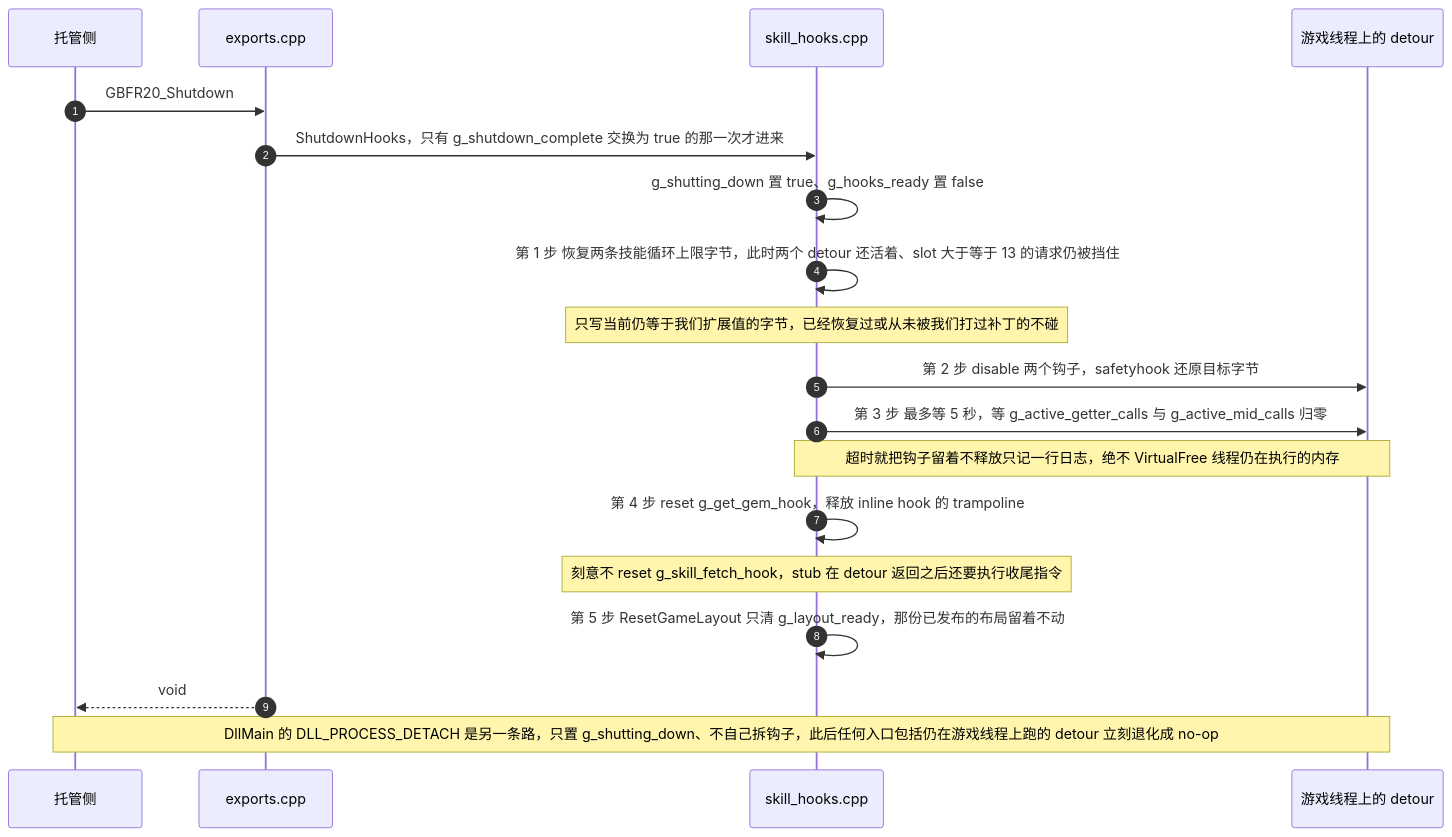
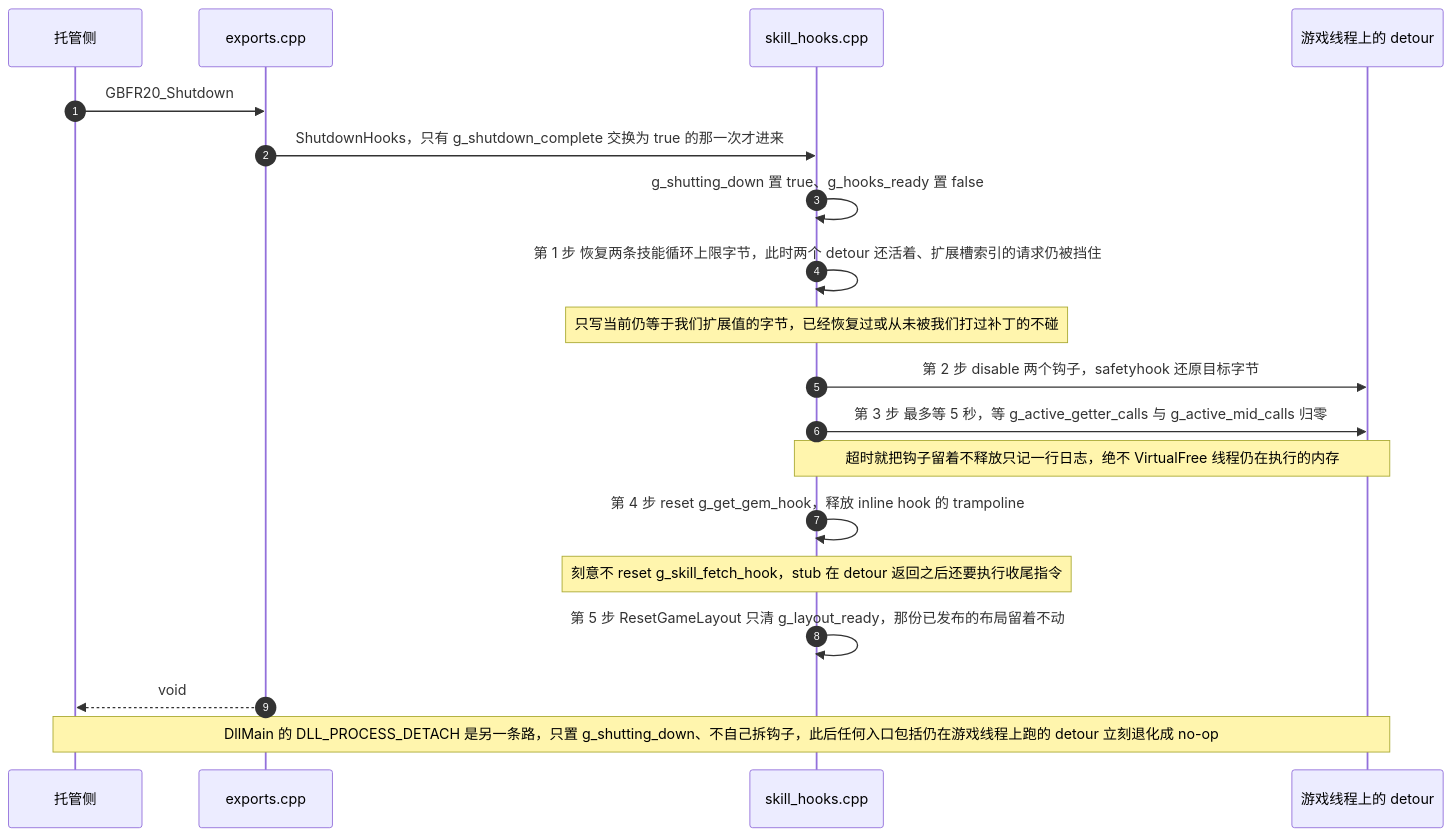
The second of 2 diagrams in openwiki/architecture/native-core.md (baagod/GBFR-Sigil-Loadout), drawn with Mermaid before and after one commit. The commit also changed other lines of this file and 52 other files, not shown here.

````diff
--- a/openwiki/architecture/native-core.md
+++ b/openwiki/architecture/native-core.md
@@ -265,22 +295,22 @@
 ```mermaid
 sequenceDiagram
     autonumber
     participant Managed as 托管侧
     participant Export as exports.cpp
     participant Hooks as skill_hooks.cpp
     participant Detour as 游戏线程上的 detour
 
     Managed->>Export: GBFR20_Shutdown
     Export->>Hooks: ShutdownHooks，只有 g_shutdown_complete 交换为 true 的那一次才进来
     Hooks->>Hooks: g_shutting_down 置 true、g_hooks_ready 置 false
-    Hooks->>Hooks: 第 1 步 恢复两条技能循环上限字节，此时两个 detour 还活着、slot 大于等于 13 的请求仍被挡住
+    Hooks->>Hooks: 第 1 步 恢复两条技能循环上限字节，此时两个 detour 还活着、扩展槽索引的请求仍被挡住
     Note over Hooks: 只写当前仍等于我们扩展值的字节，已经恢复过或从未被我们打过补丁的不碰
     Hooks->>Detour: 第 2 步 disable 两个钩子，safetyhook 还原目标字节
     Hooks->>Detour: 第 3 步 最多等 5 秒，等 g_active_getter_calls 与 g_active_mid_calls 归零
     Note over Hooks,Detour: 超时就把钩子留着不释放只记一行日志，绝不 VirtualFree 线程仍在执行的内存
     Hooks->>Hooks: 第 4 步 reset g_get_gem_hook，释放 inline hook 的 trampoline
     Note over Hooks: 刻意不 reset g_skill_fetch_hook，stub 在 detour 返回之后还要执行收尾指令
     Hooks->>Hooks: 第 5 步 ResetGameLayout 只清 g_layout_ready，那份已发布的布局留着不动
     Export-->>Managed: void
     Note over Managed,Detour: DllMain 的 DLL_PROCESS_DETACH 是另一条路，只置 g_shutting_down、不自己拆钩子，此后任何入口包括仍在游戏线程上跑的 detour 立刻退化成 no-op
 ```
````
